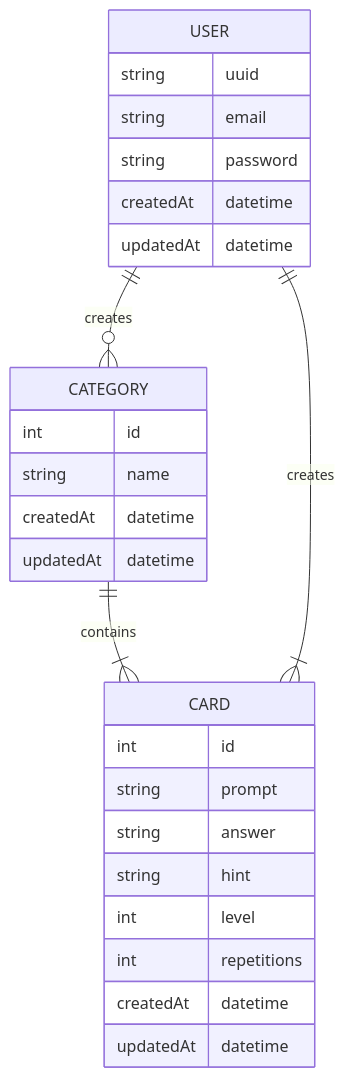
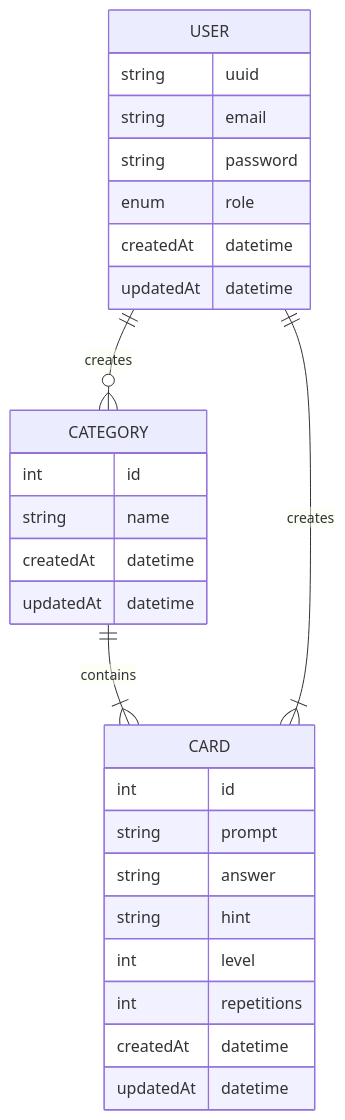
Before and after one commit to AllyDouillette/backend-personal-project: the diagram in prisma/schema.md, drawn with Mermaid. The commit also changed 3 other files, not shown here.

````diff
--- a/prisma/schema.md
+++ b/prisma/schema.md
@@ -1,32 +1,33 @@
 ```mermaid
 erDiagram
     USER {
         string uuid
         string email
         string password
+        enum role
         createdAt datetime
         updatedAt datetime
     }
 
     CATEGORY {
         int id
         string name
         createdAt datetime
         updatedAt datetime
     }
 
     CARD {
         int id
         string prompt
         string answer
         string hint
         int level
         int repetitions
         createdAt datetime
         updatedAt datetime
     }
 
     USER ||--o{ CATEGORY : creates
     CATEGORY ||--|{ CARD : contains
     USER ||--|{ CARD : creates
 ```
````
